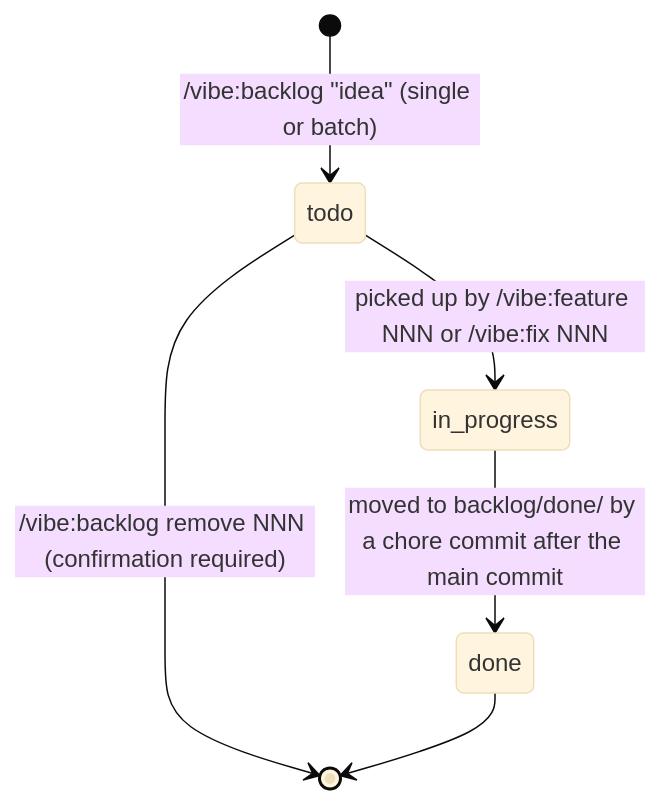
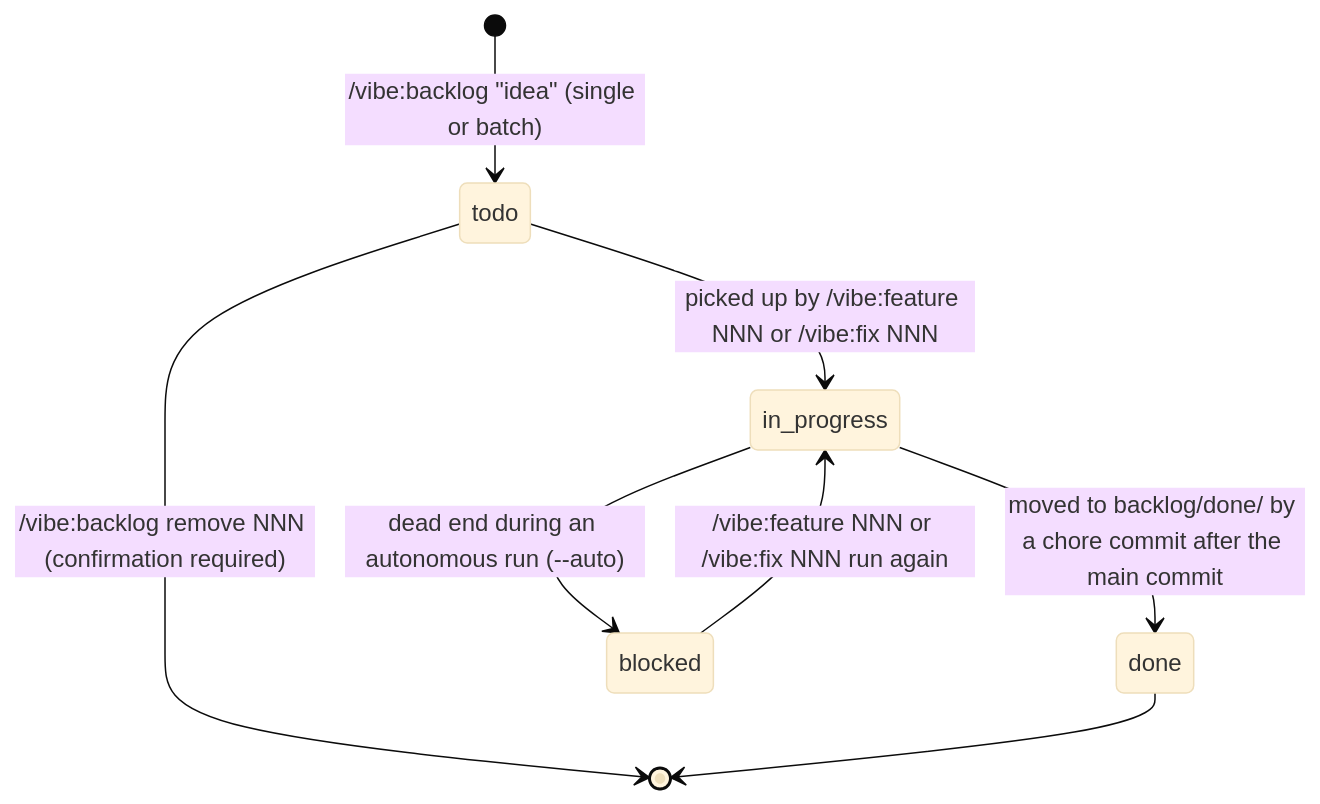
The third of 5 diagrams in docs/workflows.md (neolao/claude-plugin-vibe), drawn with Mermaid (base theme) before and after one commit. The commit also changed other lines of this file and 10 other files, not shown here.

First line of the commit message:
feat: /vibe:auto works the backlog autonomously, resuming after any interruption

````diff
--- a/docs/workflows.md
+++ b/docs/workflows.md
@@ -47,8 +47,10 @@
 ```mermaid
 stateDiagram-v2
     [*] --> todo: /vibe:backlog "idea" (single or batch)
     todo --> in_progress: picked up by /vibe:feature NNN or /vibe:fix NNN
     in_progress --> done: moved to backlog/done/ by a chore commit after the main commit
+    in_progress --> blocked: dead end during an autonomous run (--auto)
+    blocked --> in_progress: /vibe:feature NNN or /vibe:fix NNN run again
     todo --> [*]: /vibe:backlog remove NNN (confirmation required)
     done --> [*]
 ```
````
